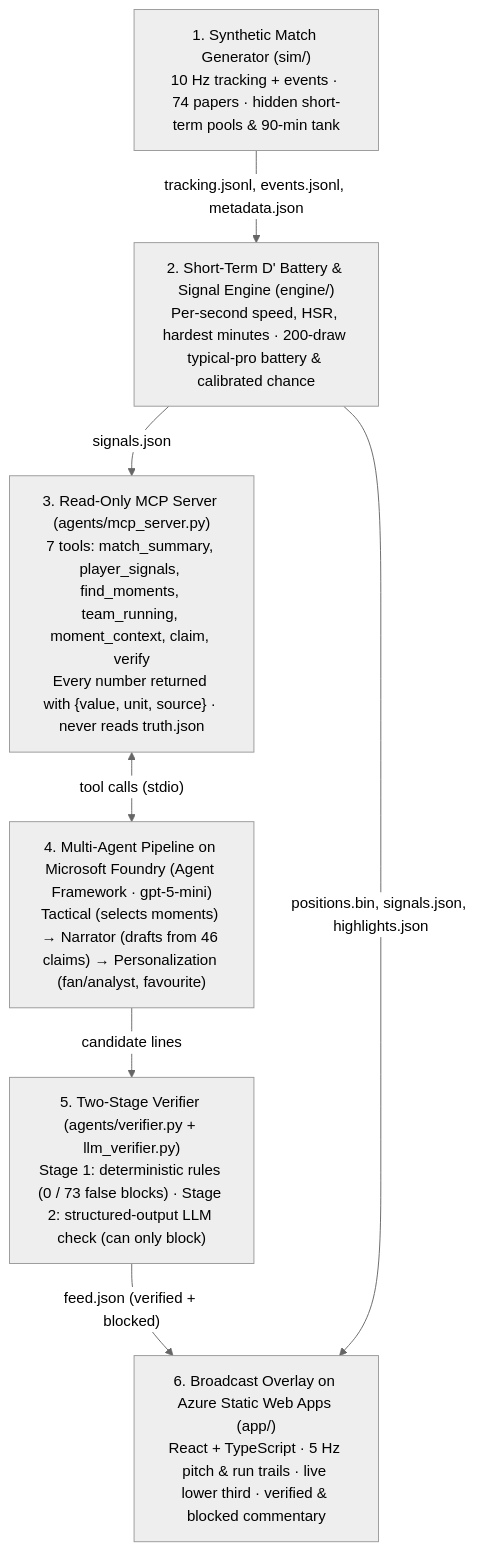
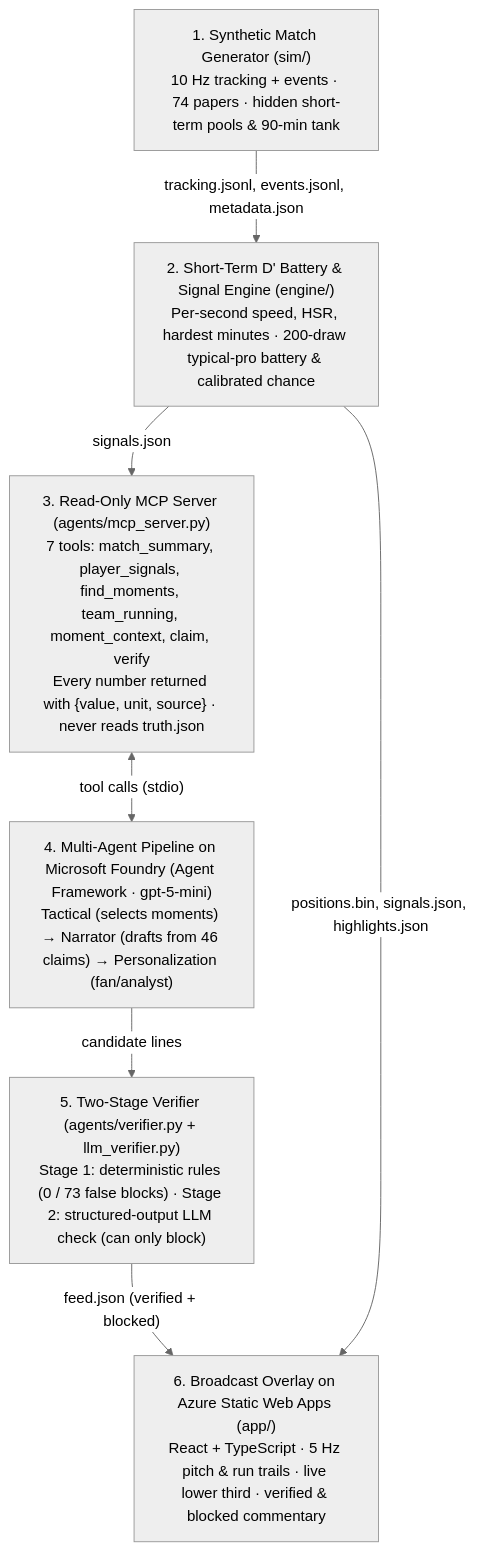
The diagram in README.md (dimoralesb/running-battery), drawn with Mermaid (neutral theme) before and after one commit. The commit also changed other lines of this file and 41 other files, not shown here.

````diff
--- a/README.md
+++ b/README.md
@@ -22,16 +22,16 @@
 ```mermaid
 flowchart TD
     SIM["1. Synthetic Match Generator (sim/)<br/>10 Hz tracking + events · 74 papers · hidden short-term pools & 90-min tank"]
     ENG["2. Short-Term D' Battery & Signal Engine (engine/)<br/>Per-second speed, HSR, hardest minutes · 200-draw typical-pro battery & calibrated chance"]
     MCP["3. Read-Only MCP Server (agents/mcp_server.py)<br/>7 tools: match_summary, player_signals, find_moments, team_running, moment_context, claim, verify<br/>Every number returned with {value, unit, source} · never reads truth.json"]
-    AG["4. Multi-Agent Pipeline on Microsoft Foundry (Agent Framework · gpt-5-mini)<br/>Tactical (selects moments) → Narrator (drafts from 46 claims) → Personalization (fan/analyst, favourite)"]
+    AG["4. Multi-Agent Pipeline on Microsoft Foundry (Agent Framework · gpt-5-mini)<br/>Tactical (selects moments) → Narrator (drafts from 46 claims) → Personalization (fan/analyst)"]
     VER["5. Two-Stage Verifier (agents/verifier.py + llm_verifier.py)<br/>Stage 1: deterministic rules (0 / 73 false blocks) · Stage 2: structured-output LLM check (can only block)"]
     APP["6. Broadcast Overlay on Azure Static Web Apps (app/)<br/>React + TypeScript · 5 Hz pitch & run trails · live lower third · verified & blocked commentary"]
 
     SIM -->|"tracking.jsonl, events.jsonl, metadata.json"| ENG
     ENG -->|"signals.json"| MCP
     MCP <-->|"tool calls (stdio)"| AG
     AG -->|"candidate lines"| VER
     VER -->|"feed.json (verified + blocked)"| APP
     ENG -->|"positions.bin, signals.json, highlights.json"| APP
 ```
````
